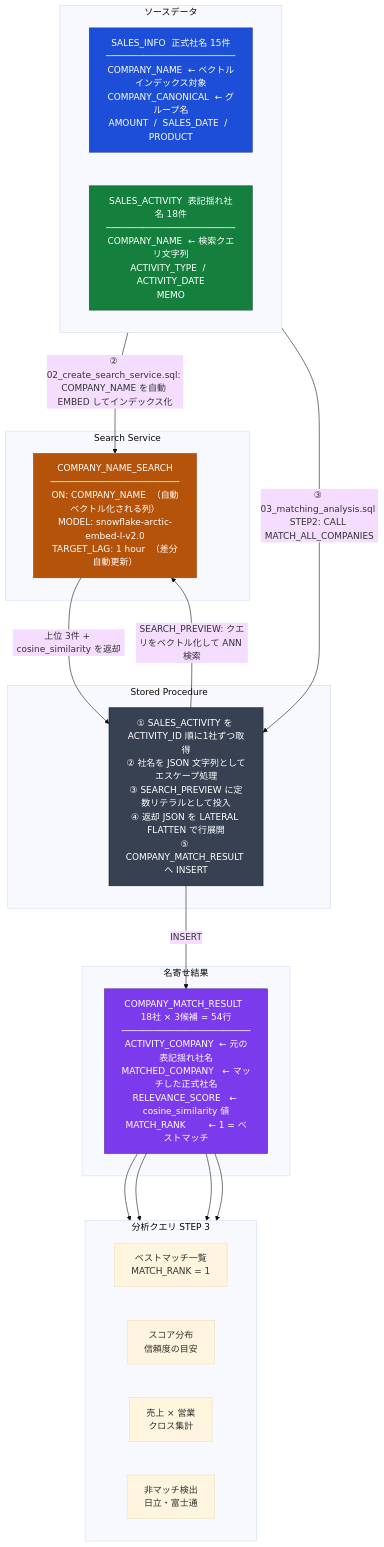
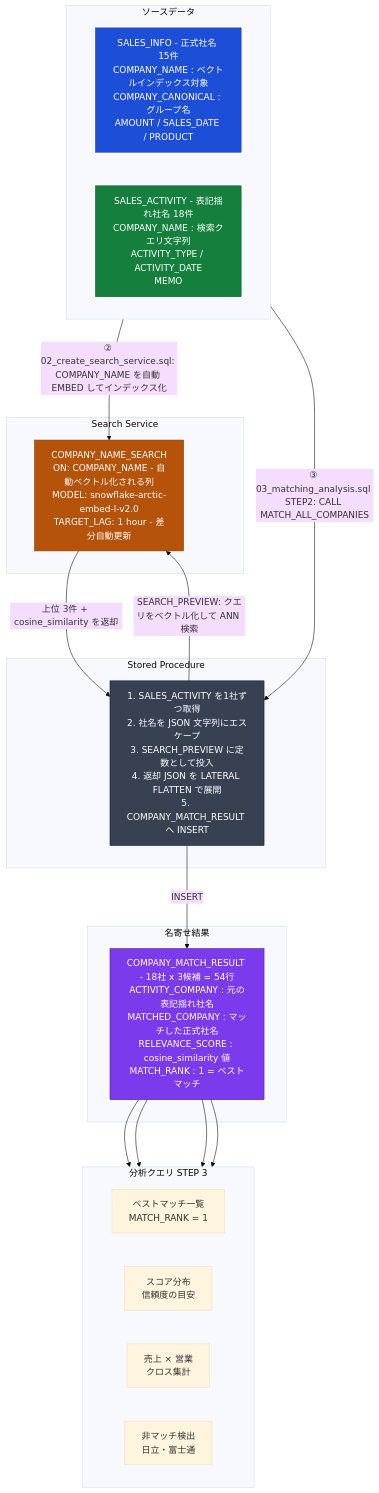
The diagram in docs/company_matching_design.md (alfortx/Snowflake_Sandbox), drawn with Mermaid (base theme) before and after one commit.

Commit message:
fix(docs): Mermaidノードの特殊文字をASCIIに置換

````diff
--- a/docs/company_matching_design.md
+++ b/docs/company_matching_design.md
@@ -9,45 +9,45 @@
 ```mermaid
 %%{init: {"flowchart": {"nodeSpacing": 60, "rankSpacing": 80}}}%%
 flowchart TD
     subgraph SRC[" ソースデータ "]
         direction LR
-        SI["SALES_INFO  正式社名 15件<br/>────────────────────────<br/>COMPANY_NAME  ← ベクトルインデックス対象<br/>COMPANY_CANONICAL  ← グループ名<br/>AMOUNT  /  SALES_DATE  /  PRODUCT"]
-        SA["SALES_ACTIVITY  表記揺れ社名 18件<br/>────────────────────────<br/>COMPANY_NAME  ← 検索クエリ文字列<br/>ACTIVITY_TYPE  /  ACTIVITY_DATE<br/>MEMO"]
+        SI["SALES_INFO - 正式社名 15件<br/>COMPANY_NAME : ベクトルインデックス対象<br/>COMPANY_CANONICAL : グループ名<br/>AMOUNT / SALES_DATE / PRODUCT"]
+        SA["SALES_ACTIVITY - 表記揺れ社名 18件<br/>COMPANY_NAME : 検索クエリ文字列<br/>ACTIVITY_TYPE / ACTIVITY_DATE<br/>MEMO"]
     end
 
     subgraph CSS_BOX[" Search Service "]
-        CSS["COMPANY_NAME_SEARCH<br/>────────────────────────<br/>ON: COMPANY_NAME  （自動ベクトル化される列）<br/>MODEL: snowflake-arctic-embed-l-v2.0<br/>TARGET_LAG: 1 hour  （差分自動更新）"]
+        CSS["COMPANY_NAME_SEARCH<br/>ON: COMPANY_NAME - 自動ベクトル化される列<br/>MODEL: snowflake-arctic-embed-l-v2.0<br/>TARGET_LAG: 1 hour - 差分自動更新"]
     end
 
     subgraph PROC_BOX[" Stored Procedure "]
-        PROC["① SALES_ACTIVITY を ACTIVITY_ID 順に1社ずつ取得<br/>② 社名を JSON 文字列としてエスケープ処理<br/>③ SEARCH_PREVIEW に定数リテラルとして投入<br/>④ 返却 JSON を LATERAL FLATTEN で行展開<br/>⑤ COMPANY_MATCH_RESULT へ INSERT"]
+        PROC["1. SALES_ACTIVITY を1社ずつ取得<br/>2. 社名を JSON 文字列にエスケープ<br/>3. SEARCH_PREVIEW に定数として投入<br/>4. 返却 JSON を LATERAL FLATTEN で展開<br/>5. COMPANY_MATCH_RESULT へ INSERT"]
     end
 
     subgraph RESULT_BOX[" 名寄せ結果 "]
-        MR["COMPANY_MATCH_RESULT  18社 × 3候補 = 54行<br/>────────────────────────<br/>ACTIVITY_COMPANY  ← 元の表記揺れ社名<br/>MATCHED_COMPANY   ← マッチした正式社名<br/>RELEVANCE_SCORE   ← cosine_similarity 値<br/>MATCH_RANK        ← 1 = ベストマッチ"]
+        MR["COMPANY_MATCH_RESULT - 18社 x 3候補 = 54行<br/>ACTIVITY_COMPANY : 元の表記揺れ社名<br/>MATCHED_COMPANY : マッチした正式社名<br/>RELEVANCE_SCORE : cosine_similarity 値<br/>MATCH_RANK : 1 = ベストマッチ"]
     end
 
     subgraph ANA[" 分析クエリ STEP 3 "]
         direction LR
         A1["ベストマッチ一覧<br/>MATCH_RANK = 1"]
         A2["スコア分布<br/>信頼度の目安"]
         A3["売上 × 営業<br/>クロス集計"]
         A4["非マッチ検出<br/>日立・富士通"]
     end
 
     SI -- "② 02_create_search_service.sql: COMPANY_NAME を自動 EMBED してインデックス化" --> CSS
     SA -- "③ 03_matching_analysis.sql STEP2: CALL MATCH_ALL_COMPANIES" --> PROC
     PROC -- "SEARCH_PREVIEW: クエリをベクトル化して ANN 検索" --> CSS
     CSS -- "上位 3件 + cosine_similarity を返却" --> PROC
     PROC -- "INSERT" --> MR
     MR --> A1
     MR --> A2
     MR --> A3
     MR --> A4
 
     style SI fill:#1d4ed8,stroke:#1e3a8a,color:#ffffff
     style SA fill:#15803d,stroke:#14532d,color:#ffffff
     style CSS fill:#b45309,stroke:#92400e,color:#ffffff
     style MR fill:#7c3aed,stroke:#4c1d95,color:#ffffff
     style PROC fill:#374151,stroke:#111827,color:#ffffff
 ```
````
